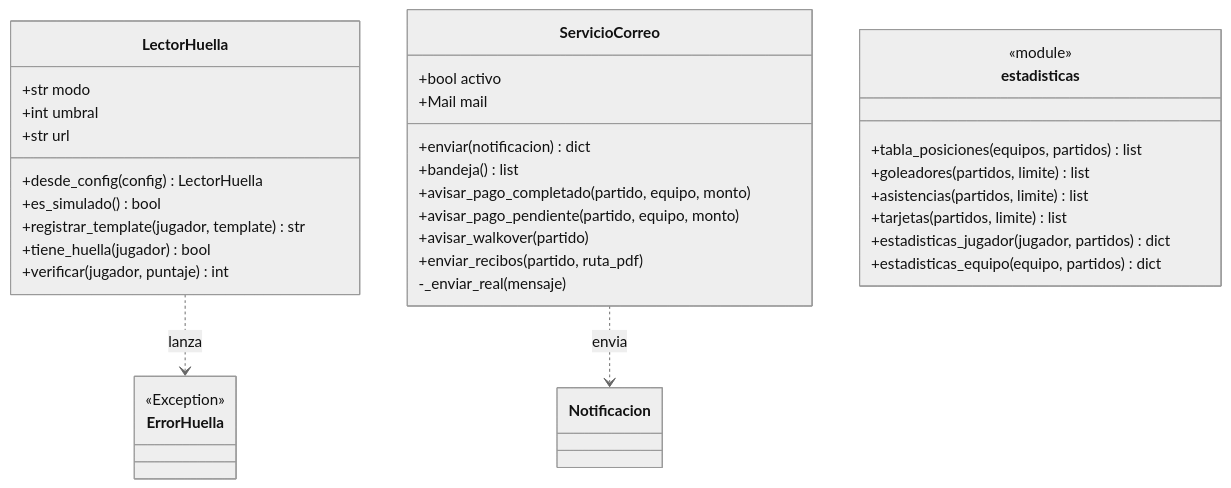
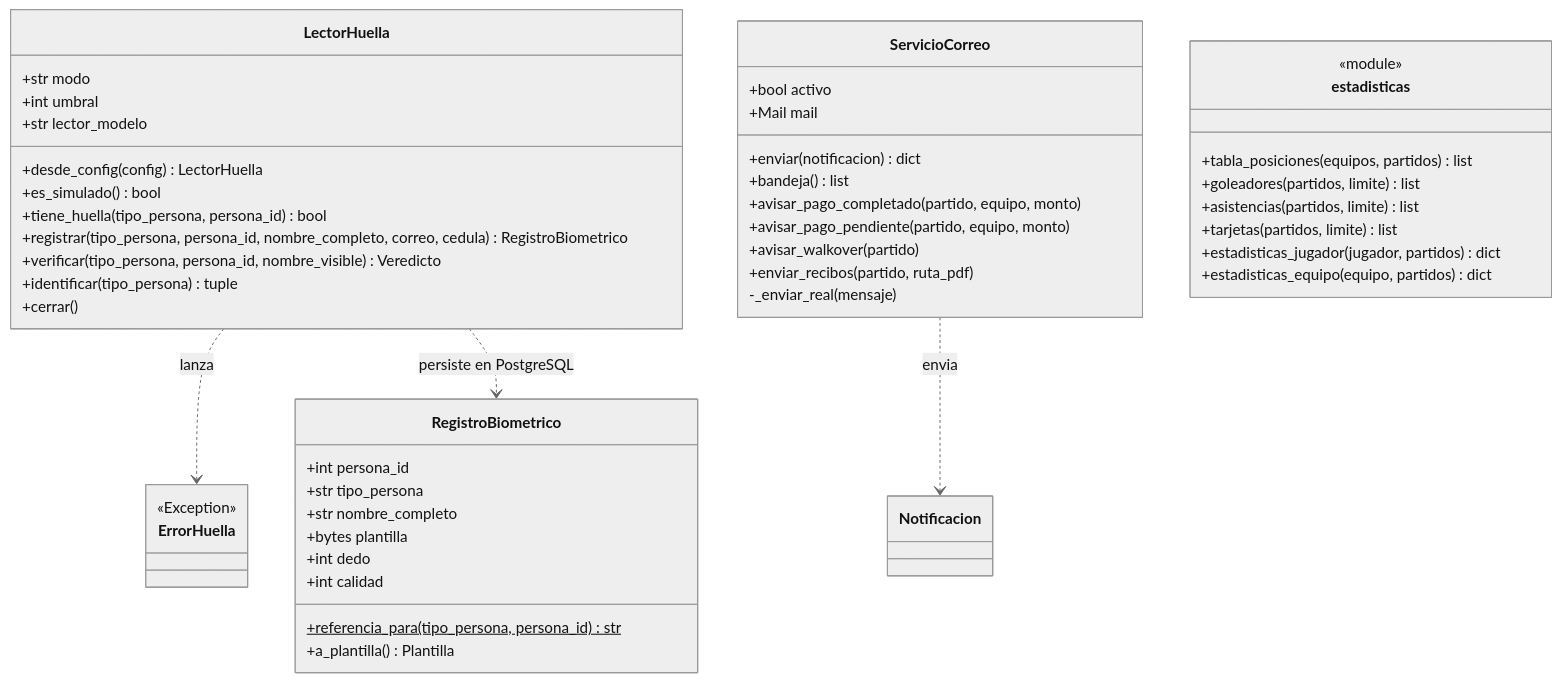
The third of 4 diagrams in docs/diagrama-clases.md (IPablo07/GolStats), drawn with Mermaid (neutral theme) before and after one commit. The commit also changed other lines of this file and 1 other file, not shown here.

Commit message:
Actualiza documentacion: README y diagrama de clases

````diff
--- a/docs/diagrama-clases.md
+++ b/docs/diagrama-clases.md
@@ -214,42 +214,56 @@
 ```mermaid
 classDiagram
     class LectorHuella {
         +str modo
         +int umbral
-        +str url
+        +str lector_modelo
         +desde_config(config) LectorHuella
         +es_simulado() bool
-        +registrar_template(jugador, template) str
-        +tiene_huella(jugador) bool
-        +verificar(jugador, puntaje) int
+        +tiene_huella(tipo_persona, persona_id) bool
+        +registrar(tipo_persona, persona_id, nombre_completo, correo, cedula) RegistroBiometrico
+        +verificar(tipo_persona, persona_id, nombre_visible) Veredicto
+        +identificar(tipo_persona) tuple
+        +cerrar()
     }
 
     class ErrorHuella {
         <<Exception>>
+    }
+
+    class RegistroBiometrico {
+        +int persona_id
+        +str tipo_persona
+        +str nombre_completo
+        +bytes plantilla
+        +int dedo
+        +int calidad
+        +referencia_para(tipo_persona, persona_id)$ str
+        +a_plantilla() Plantilla
     }
 
     class ServicioCorreo {
         +bool activo
         +Mail mail
         +enviar(notificacion) dict
         +bandeja() list
         +avisar_pago_completado(partido, equipo, monto)
         +avisar_pago_pendiente(partido, equipo, monto)
         +avisar_walkover(partido)
         +enviar_recibos(partido, ruta_pdf)
         -_enviar_real(mensaje)
     }
 
     class estadisticas {
         <<module>>
         +tabla_posiciones(equipos, partidos) list
         +goleadores(partidos, limite) list
         +asistencias(partidos, limite) list
         +tarjetas(partidos, limite) list
         +estadisticas_jugador(jugador, partidos) dict
         +estadisticas_equipo(equipo, partidos) dict
     }
 
     LectorHuella ..> ErrorHuella : lanza
+    LectorHuella ..> RegistroBiometrico : persiste en PostgreSQL
     ServicioCorreo ..> Notificacion : envia
 ```
````
